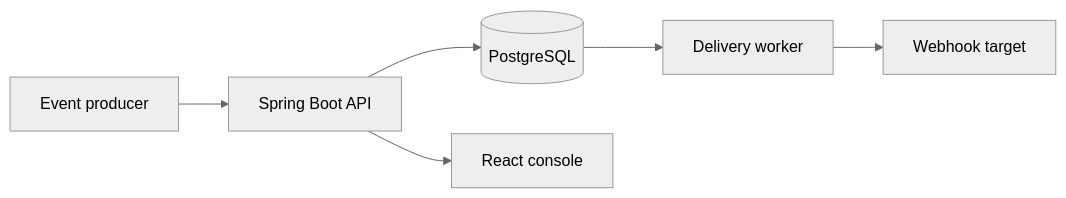
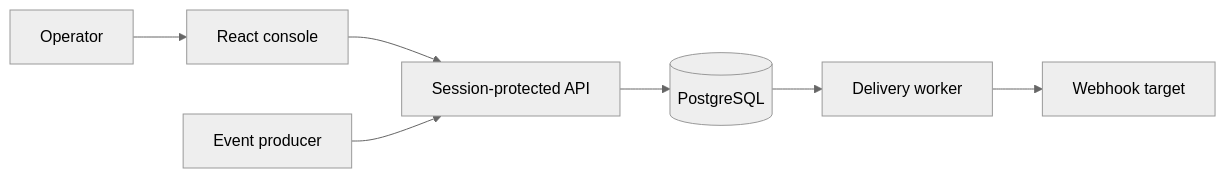
One commit to TolkmisLK/webhook-delivery-platform changed the first of 2 diagrams in docs/architecture.md. Above: the diagram before and after it, drawn with Mermaid (neutral theme). The commit also changed other lines of this file and 24 other files, not shown here.

First line of the commit message:
feat: add native operator session access (#27)

````diff
--- a/docs/architecture.md
+++ b/docs/architecture.md
@@ -9,8 +9,9 @@
 ```mermaid
 flowchart LR
-    P["Event producer"] --> API["Spring Boot API"]
+    O["Operator"] --> UI["React console"]
+    UI --> API["Session-protected API"]
+    P["Event producer"] --> API
     API --> DB[(PostgreSQL)]
     DB --> W["Delivery worker"]
     W --> T["Webhook target"]
-    API --> UI["React console"]
 ```
````
